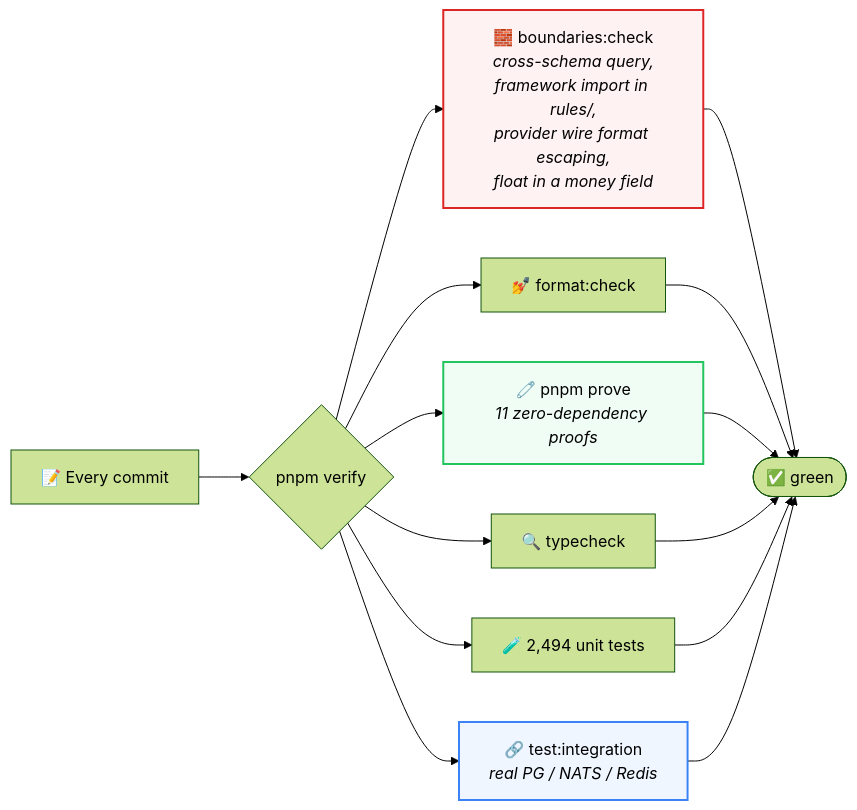
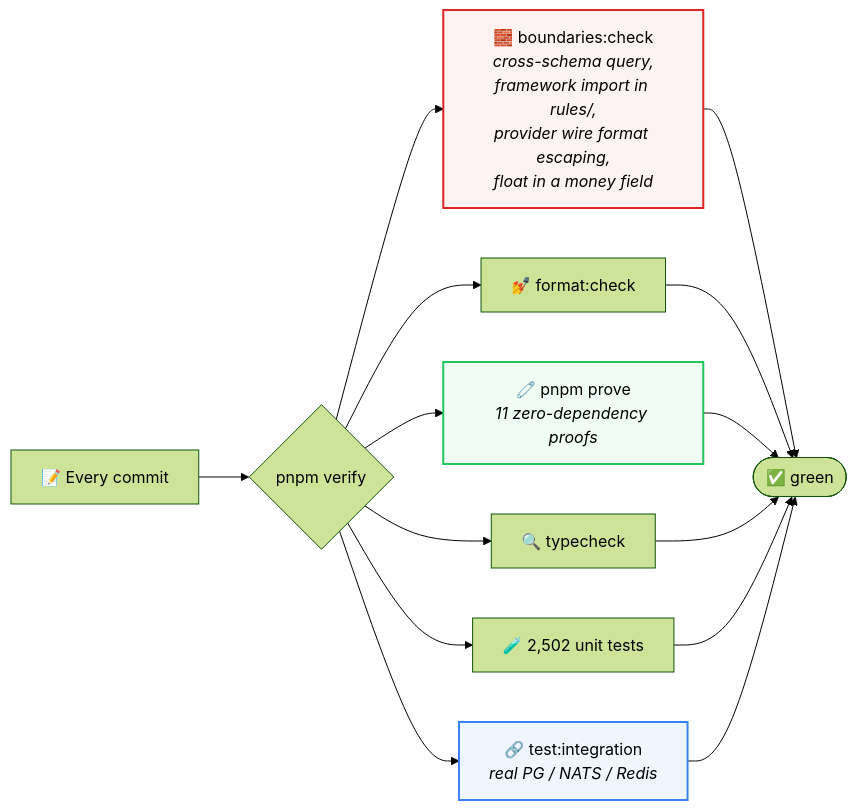
Before and after one commit to mahabubone/zipzap: the sixth of 6 diagrams in README.md, drawn with Mermaid (forest theme). The commit also changed other lines of this file and 16 other files, not shown here.

````diff
--- a/README.md
+++ b/README.md
@@ -401,17 +402,17 @@
 ```mermaid
 flowchart LR
     C["📝 Every commit"] --> P{"pnpm verify"}
     P --> B["🧱 boundaries:check<br/><i>cross-schema query,<br/>framework import in rules/,<br/>provider wire format escaping,<br/>float in a money field</i>"]
     P --> F["💅 format:check"]
     P --> V["🧷 pnpm prove<br/><i>11 zero-dependency proofs</i>"]
     P --> T["🔍 typecheck"]
-    P --> U["🧪 2,494 unit tests"]
+    P --> U["🧪 2,502 unit tests"]
     P --> I["🔗 test:integration<br/><i>real PG / NATS / Redis</i>"]
 
     B --> G([✅ green])
     F --> G; V --> G; T --> G; U --> G; I --> G
 
     style B fill:#fef2f2,stroke:#dc2626,stroke-width:2px
     style V fill:#f0fdf4,stroke:#22c55e,stroke-width:2px
     style I fill:#eff6ff,stroke:#3b82f6,stroke-width:2px
 ```
````
